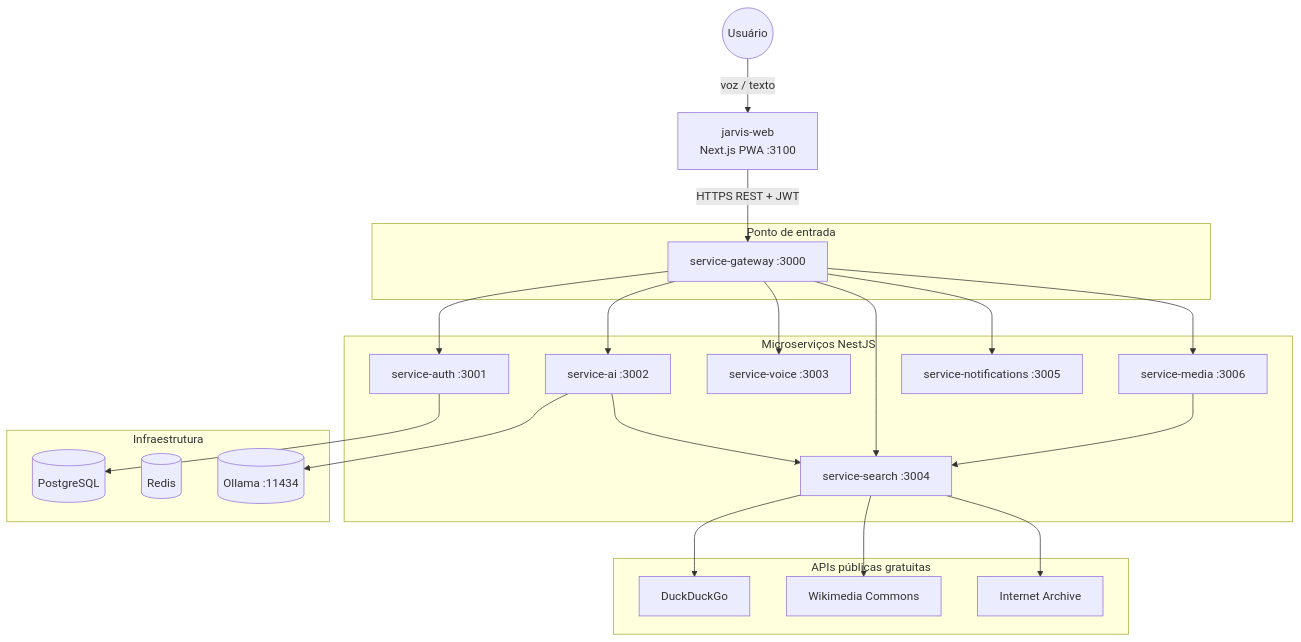
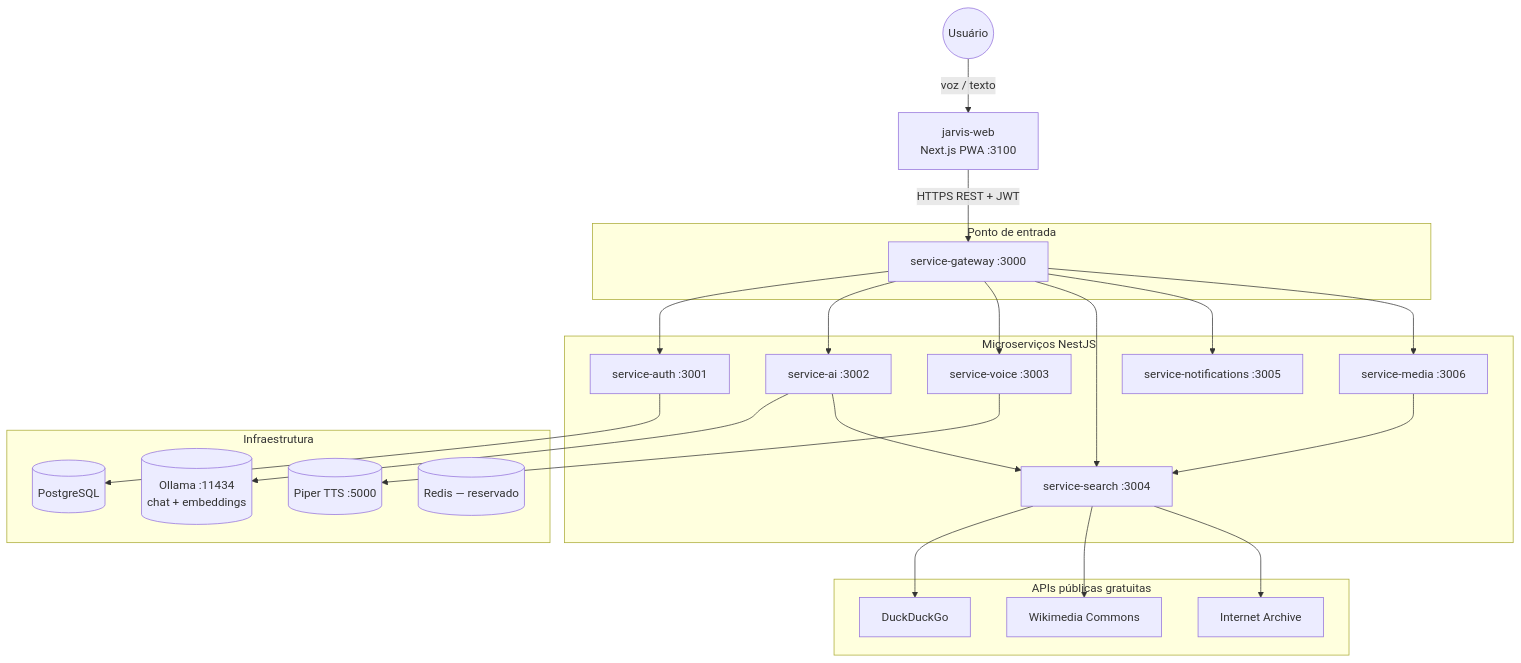
One commit to FranciscoStanley/MyJarvis changed the first of 8 diagrams in docs/architecture.md. Above: the diagram before and after it, drawn with Mermaid. The commit also changed other lines of this file and 9 other files, not shown here.

````diff
--- a/docs/architecture.md
+++ b/docs/architecture.md
@@ -11,41 +11,43 @@
 ```mermaid
 flowchart TB
     USER((Usuário))
     WEB[jarvis-web<br/>Next.js PWA :3100]
 
     USER -->|voz / texto| WEB
     WEB -->|HTTPS REST + JWT| GW
 
     subgraph Gateway["Ponto de entrada"]
         GW[service-gateway :3000]
     end
 
     subgraph Microservices["Microserviços NestJS"]
         AUTH[service-auth :3001]
         AI[service-ai :3002]
         VOICE[service-voice :3003]
         SEARCH[service-search :3004]
         NOTIF[service-notifications :3005]
         MEDIA[service-media :3006]
     end
 
     GW --> AUTH & AI & VOICE & SEARCH & NOTIF & MEDIA
 
     subgraph Infra["Infraestrutura"]
         PG[(PostgreSQL)]
-        REDIS[(Redis)]
-        OLLAMA[(Ollama :11434)]
+        OLLAMA[(Ollama :11434<br/>chat + embeddings)]
+        PIPER[(Piper TTS :5000)]
+        REDIS[(Redis — reservado)]
     end
 
     subgraph External["APIs públicas gratuitas"]
         DDG[DuckDuckGo]
         WIKI[Wikimedia Commons]
         ARCH[Internet Archive]
     end
 
     AUTH --> PG
     AI --> OLLAMA
     AI --> SEARCH
+    VOICE --> PIPER
     SEARCH --> DDG & WIKI & ARCH
     MEDIA --> SEARCH
 ```
````
